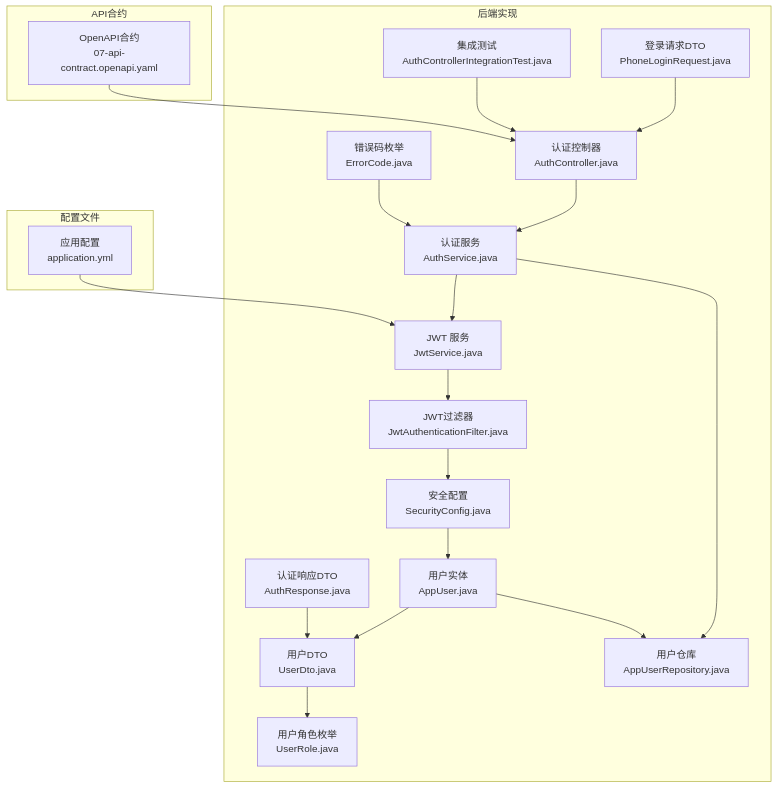
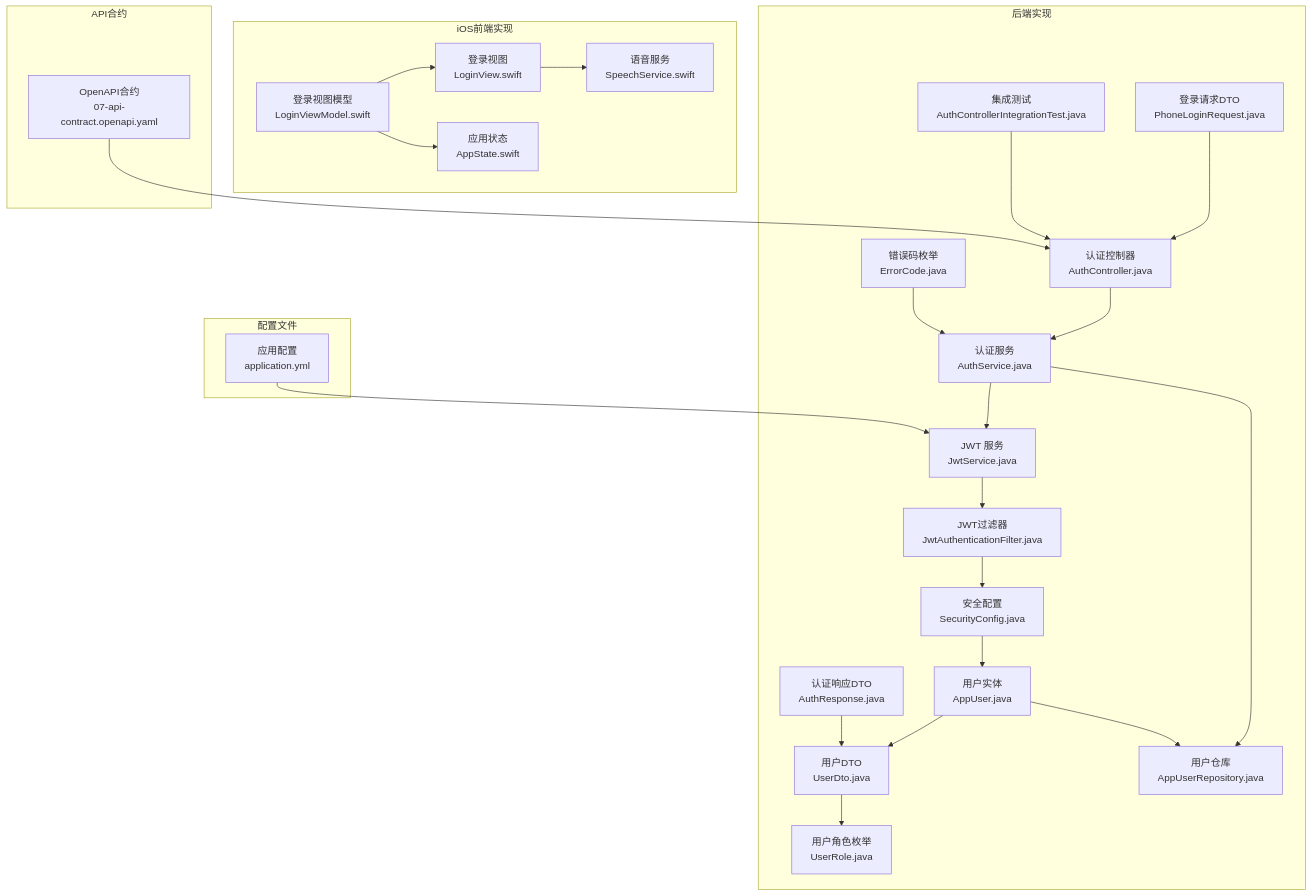
The first of 13 diagrams in .qoder/repowiki/zh/content/核心功能模块/认证系统.md (Jayden23018/blind-run-ios), drawn with Mermaid before and after one commit. The commit also changed other lines of this file and 24 other files, not shown here.

````diff
--- a/.qoder/repowiki/zh/content/核心功能模块/认证系统.md
+++ b/.qoder/repowiki/zh/content/核心功能模块/认证系统.md
@@ -59,39 +65,48 @@
 ```mermaid
 graph TB
 subgraph "后端实现"
 AuthController["认证控制器<br/>AuthController.java"]
 AuthService["认证服务<br/>AuthService.java"]
 JwtService["JWT 服务<br/>JwtService.java"]
 JwtFilter["JWT过滤器<br/>JwtAuthenticationFilter.java"]
 SecurityConfig["安全配置<br/>SecurityConfig.java"]
 AppUser["用户实体<br/>AppUser.java"]
 UserDto["用户DTO<br/>UserDto.java"]
 UserRole["用户角色枚举<br/>UserRole.java"]
 PhoneLoginRequest["登录请求DTO<br/>PhoneLoginRequest.java"]
 AuthResponse["认证响应DTO<br/>AuthResponse.java"]
 ErrorCode["错误码枚举<br/>ErrorCode.java"]
 AppUserRepo["用户仓库<br/>AppUserRepository.java"]
 IntegrationTest["集成测试<br/>AuthControllerIntegrationTest.java"]
+end
+subgraph "iOS前端实现"
+LoginViewModel["登录视图模型<br/>LoginViewModel.swift"]
+LoginView["登录视图<br/>LoginView.swift"]
+SpeechService["语音服务<br/>SpeechService.swift"]
+AppState["应用状态<br/>AppState.swift"]
 end
 subgraph "配置文件"
 ApplicationYml["应用配置<br/>application.yml"]
 end
 subgraph "API合约"
 OpenAPI["OpenAPI合约<br/>07-api-contract.openapi.yaml"]
 end
 AuthController --> AuthService
 AuthService --> JwtService
 AuthService --> AppUserRepo
 JwtService --> JwtFilter
 JwtFilter --> SecurityConfig
 SecurityConfig --> AppUser
 AppUser --> AppUserRepo
 AppUser --> UserDto
 UserDto --> UserRole
 PhoneLoginRequest --> AuthController
 AuthResponse --> UserDto
 ErrorCode --> AuthService
 IntegrationTest --> AuthController
 OpenAPI --> AuthController
 ApplicationYml --> JwtService
+LoginViewModel --> LoginView
+LoginView --> SpeechService
+LoginViewModel --> AppState
 ```
````
